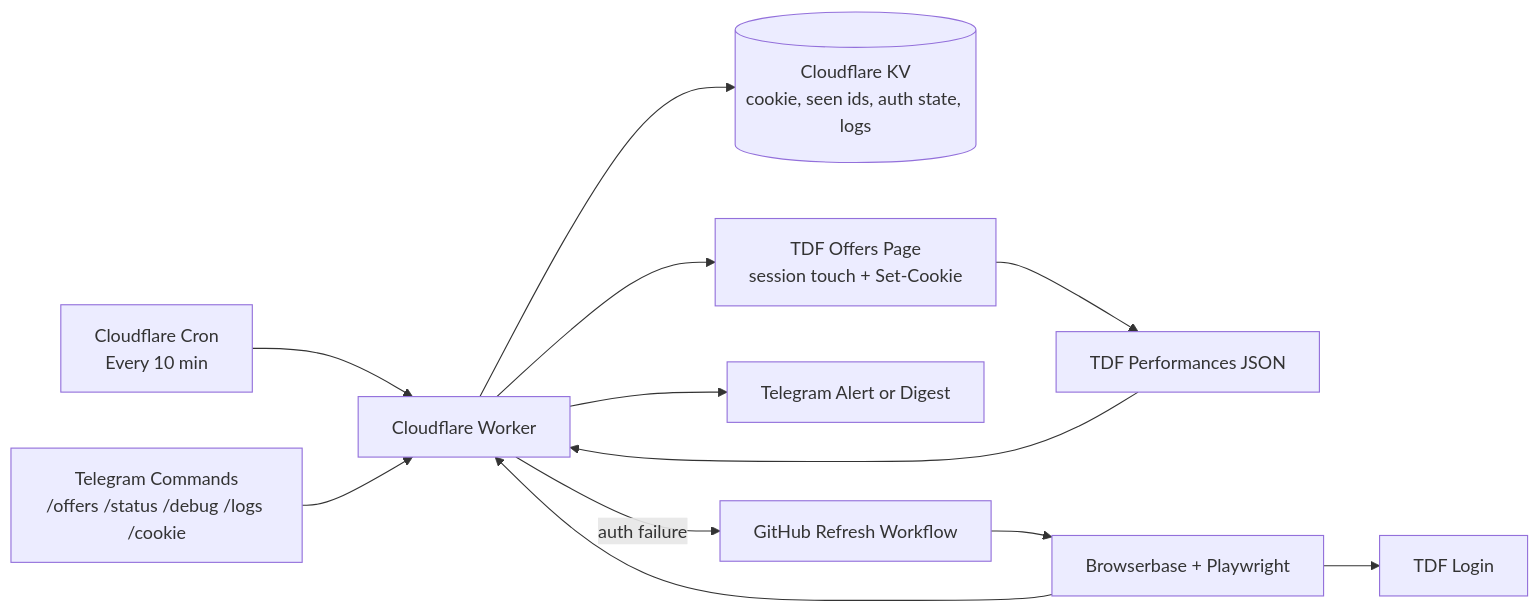
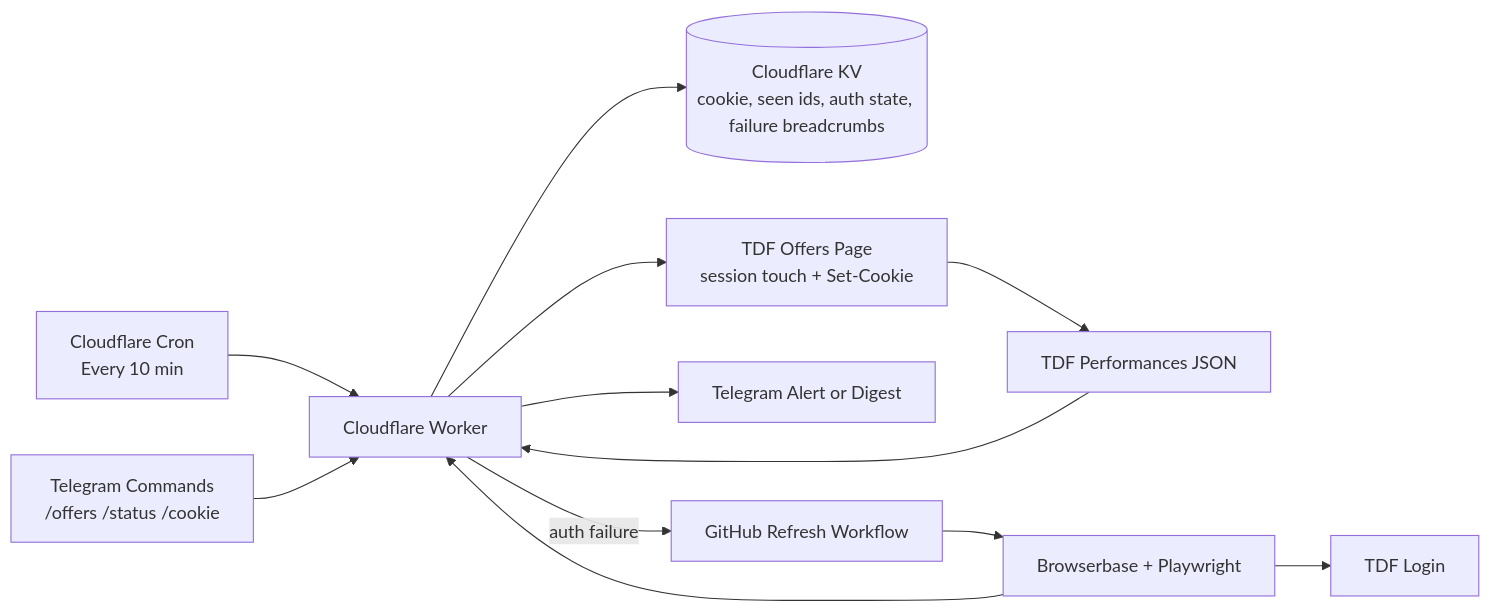
Before and after one commit to salmanrazzaq-94/tdf-offer-alerts: the diagram in README.md, drawn with Mermaid. The commit also changed other lines of this file and 26 other files, not shown here.

First line of the commit message:
Reduce KV logging writes and simplify Telegram commands

````diff
--- a/README.md
+++ b/README.md
@@ -31,14 +31,14 @@
 ```mermaid
 flowchart LR
   Cron["Cloudflare Cron<br/>Every 10 min"] --> Worker["Cloudflare Worker"]
-  Telegram["Telegram Commands<br/>/offers /status /debug /logs /cookie"] --> Worker
-  Worker --> KV[("Cloudflare KV<br/>cookie, seen ids, auth state, logs")]
+  Telegram["Telegram Commands<br/>/offers /status /cookie"] --> Worker
+  Worker --> KV[("Cloudflare KV<br/>cookie, seen ids, auth state, failure breadcrumbs")]
   Worker --> TDFPage["TDF Offers Page<br/>session touch + Set-Cookie"]
   TDFPage --> TDFJson["TDF Performances JSON"]
   TDFJson --> Worker
   Worker --> Alerts["Telegram Alert or Digest"]
   Worker -- "auth failure" --> GitHub["GitHub Refresh Workflow"]
   GitHub --> Browserbase["Browserbase + Playwright"]
   Browserbase --> Login["TDF Login"]
   Browserbase --> Worker
 ```
````
